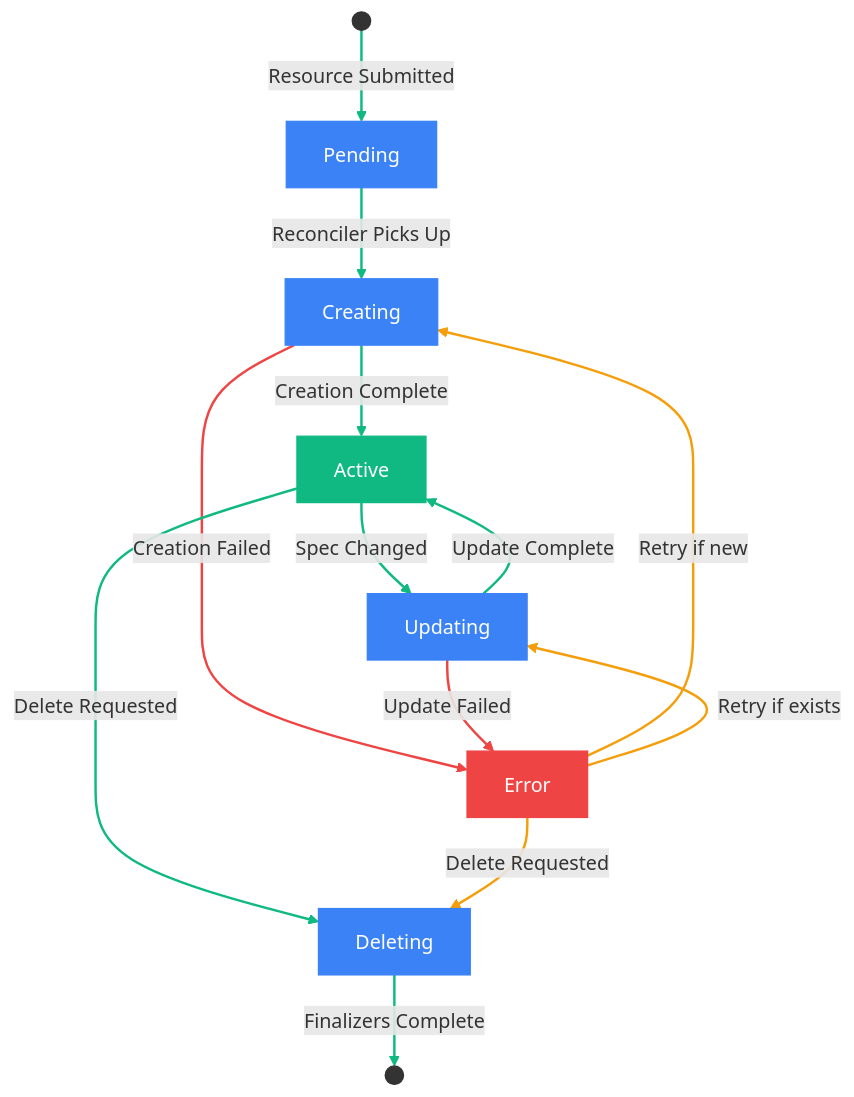
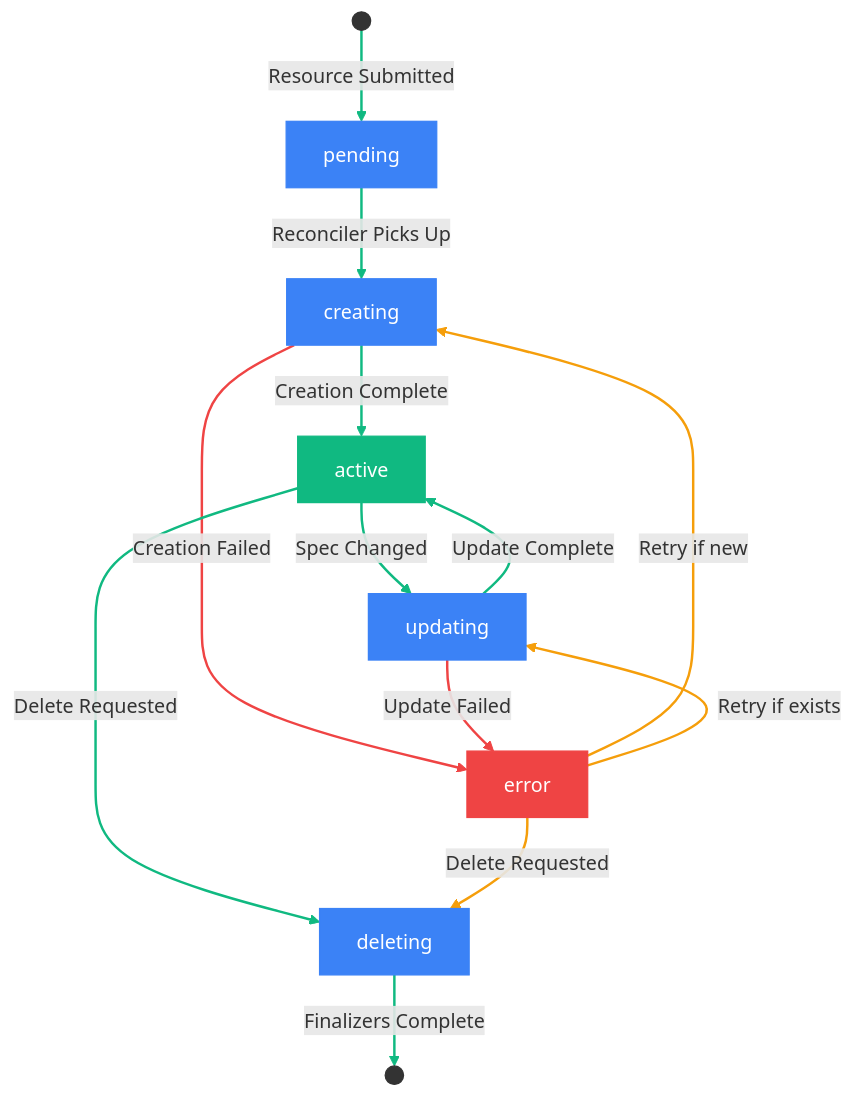
Before and after one commit to cape-project-eu/SECAPI-spec: the diagram in website/docs/content/3. Architecture/07-resource-states.md, drawn with Mermaid. The commit also changed other lines of this file and 3 other files, not shown here.

````diff
--- a/website/docs/content/3. Architecture/07-resource-states.md
+++ b/website/docs/content/3. Architecture/07-resource-states.md
@@ -11,29 +11,29 @@
 ```mermaid
 flowchart TD
-    Start(( )) -->|Resource Submitted| Pending
-    Pending -->|Reconciler Picks Up| Creating
-    Creating -->|Creation Complete| Active
-    Creating -->|Creation Failed| Error
-    Active -->|Spec Changed| Updating
-    Active -->|Delete Requested| Deleting
-    Updating -->|Update Complete| Active
-    Updating -->|Update Failed| Error
-    Error -->|Retry if new| Creating
-    Error -->|Retry if exists| Updating
-    Error -->|Delete Requested| Deleting
-    Deleting -->|Finalizers Complete| End(( ))
+    Start(( )) -->|Resource Submitted| pending
+    pending -->|Reconciler Picks Up| creating
+    creating -->|Creation Complete| active
+    creating -->|Creation Failed| error
+    active -->|Spec Changed| updating
+    active -->|Delete Requested| deleting
+    updating -->|Update Complete| active
+    updating -->|Update Failed| error
+    error -->|Retry if new| creating
+    error -->|Retry if exists| updating
+    error -->|Delete Requested| deleting
+    deleting -->|Finalizers Complete| End(( ))
 
     classDef success fill:#10b981,color:#fff,stroke:#10b981
     classDef error fill:#ef4444,color:#fff,stroke:#ef4444
     classDef progress fill:#3b82f6,color:#fff,stroke:#3b82f6
     classDef point fill:#333,stroke:#333
 
-    class Active success
-    class Error error
-    class Pending,Creating,Updating,Deleting progress
+    class active success
+    class error error
+    class pending,creating,updating,deleting progress
     class Start,End point
 
     linkStyle 0,1,2,4,5,6,11 stroke:#10b981,stroke-width:2px
     linkStyle 3,7 stroke:#ef4444,stroke-width:2px
     linkStyle 8,9,10 stroke:#f59e0b,stroke-width:2px
 ```
````
